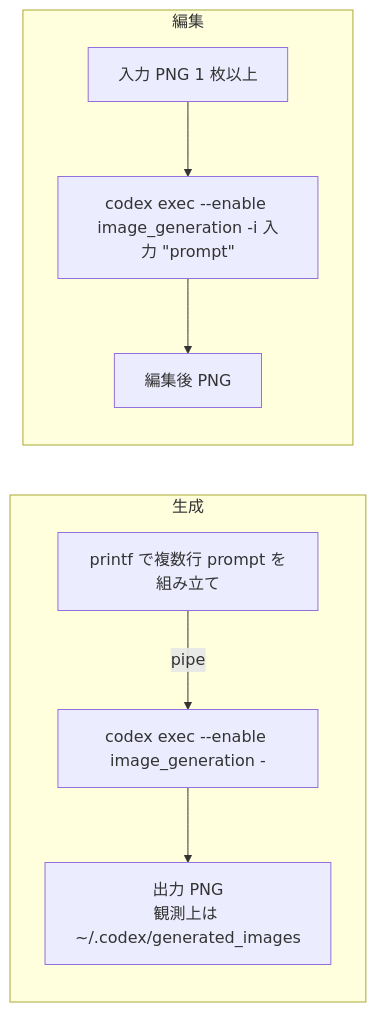
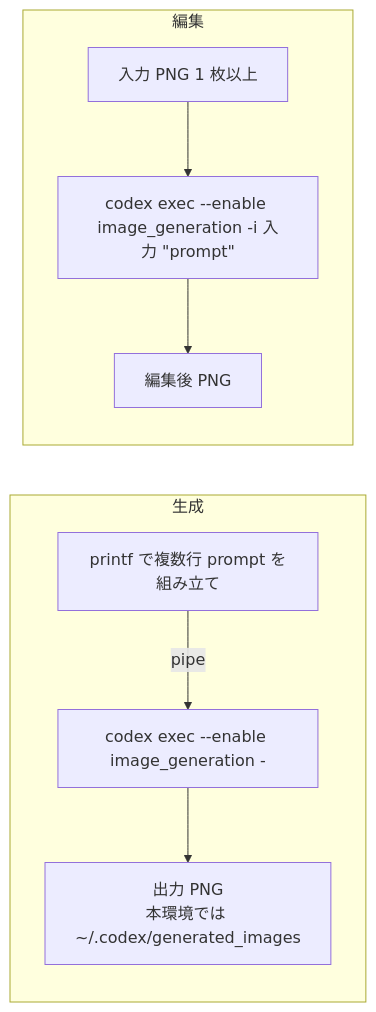
Before and after one commit to TK2F/codex-cli-image-generation-wsl2-notes: the second of 4 diagrams in README.ja.md, drawn with Mermaid. The commit also changed other lines of this file and 10 other files, not shown here.

````diff
--- a/README.ja.md
+++ b/README.ja.md
@@ -129,11 +146,11 @@
 ```mermaid
 flowchart LR
   subgraph G[生成]
     P1[printf で複数行 prompt を組み立て] -->|pipe| E1[codex exec --enable image_generation -]
-    E1 --> O1[出力 PNG<br/>観測上は ~/.codex/generated_images]
+    E1 --> O1[出力 PNG<br/>本環境では ~/.codex/generated_images]
   end
   subgraph Ed[編集]
     I1[入力 PNG 1 枚以上] --> E2[codex exec --enable image_generation -i 入力 &quot;prompt&quot;]
     E2 --> O2[編集後 PNG]
   end
 ```
````
